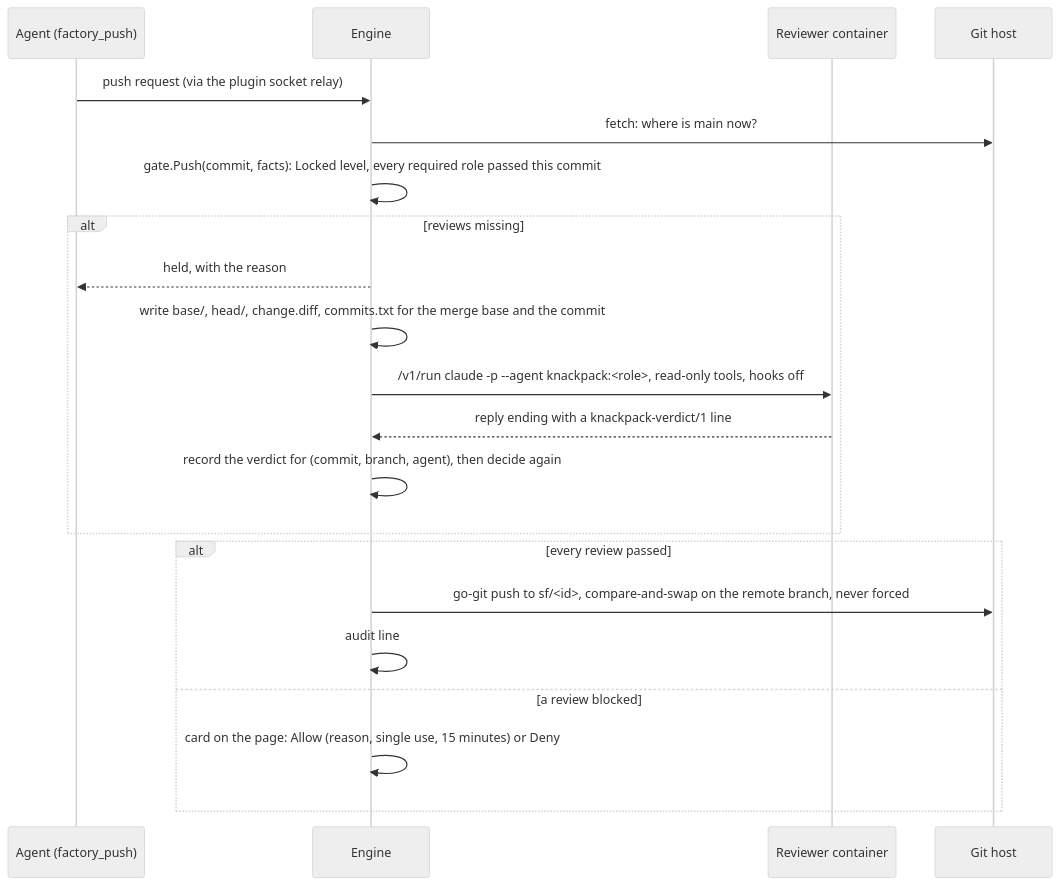
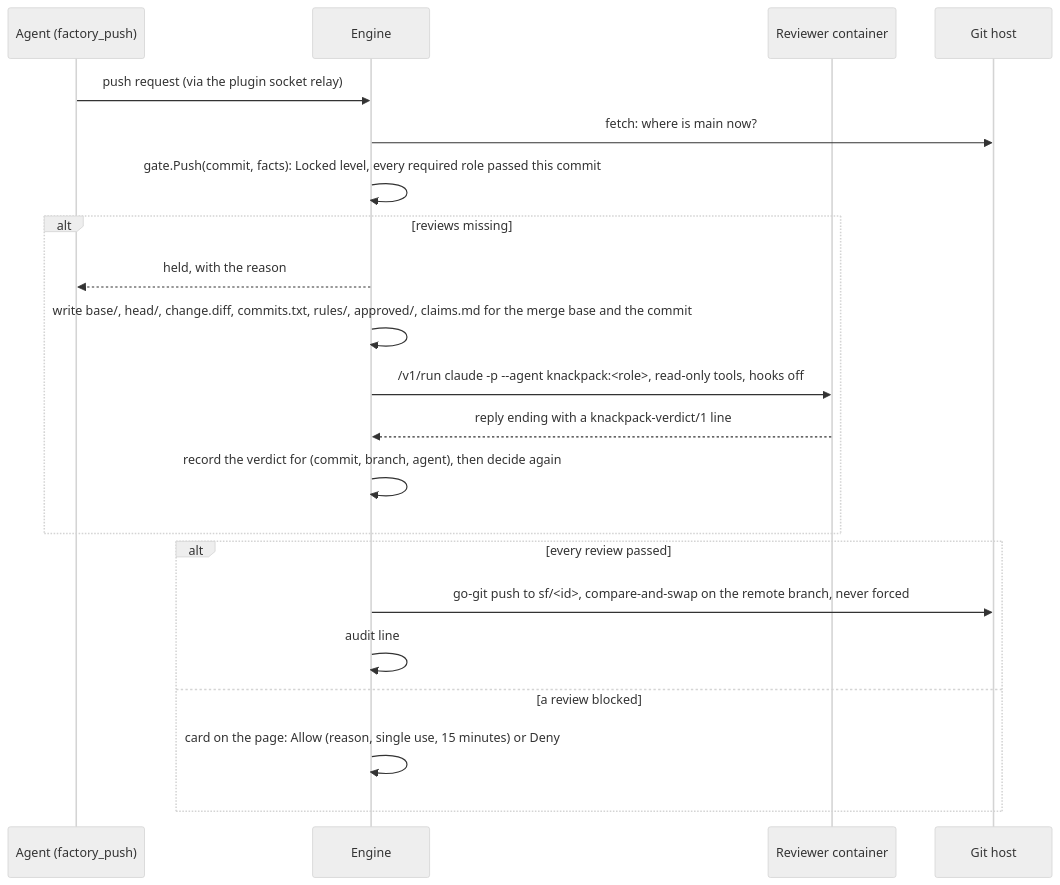
One commit to bezmoradi/software-factory changed the second of 2 diagrams in ARCHITECTURE.md. Above: the diagram before and after it, drawn with Mermaid (neutral theme). The commit also changed other lines of this file and 90 other files, not shown here.

````diff
--- a/ARCHITECTURE.md
+++ b/ARCHITECTURE.md
@@ -167,23 +169,23 @@
 ```mermaid
 sequenceDiagram
   participant A as Agent (factory_push)
   participant E as Engine
   participant R as Reviewer container
   participant G as Git host
   A->>E: push request (via the plugin socket relay)
   E->>G: fetch: where is main now?
   E->>E: gate.Push(commit, facts): Locked level, every required role passed this commit
   alt reviews missing
     E-->>A: held, with the reason
-    E->>E: write base/, head/, change.diff, commits.txt for the merge base and the commit
+    E->>E: write base/, head/, change.diff, commits.txt, rules/, approved/, claims.md for the merge base and the commit
     E->>R: /v1/run claude -p --agent knackpack:<role>, read-only tools, hooks off
     R-->>E: reply ending with a knackpack-verdict/1 line
     E->>E: record the verdict for (commit, branch, agent), then decide again
   end
   alt every review passed
     E->>G: go-git push to sf/<id>, compare-and-swap on the remote branch, never forced
     E->>E: audit line
   else a review blocked
     E->>E: card on the page: Allow (reason, single use, 15 minutes) or Deny
   end
 ```
````
